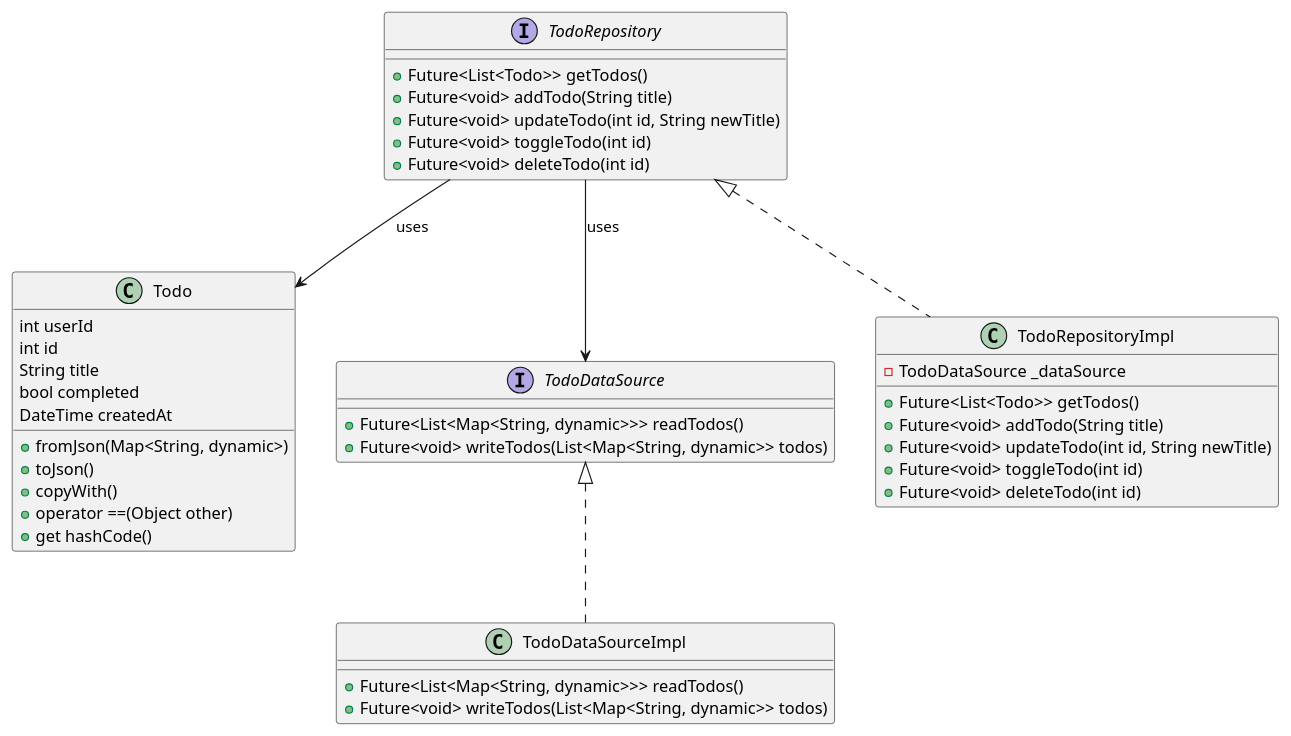
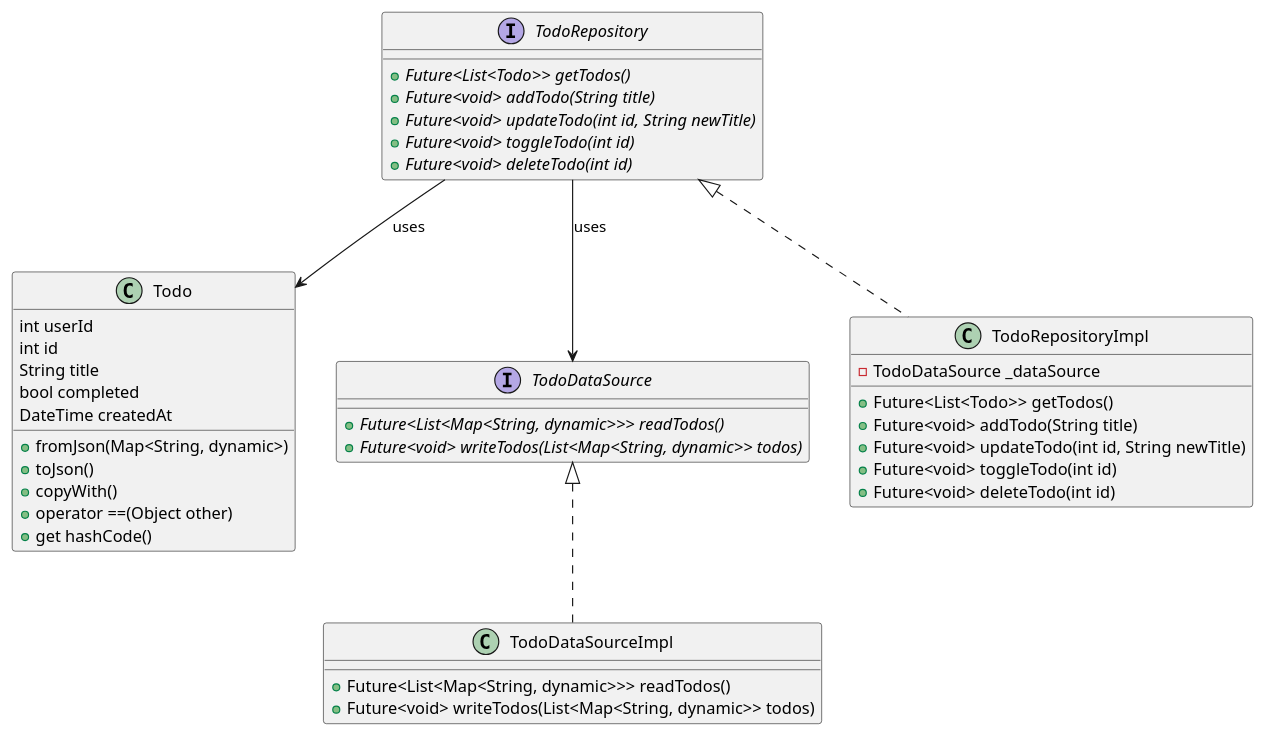
Before and after one commit to irmu98/modu-3-dart-todo-app: the diagram in lib/todo.puml, drawn with PlantUML.

Commit message:
fix: 클래스 다이어그램 수정

```diff
--- a/lib/todo.puml
+++ b/lib/todo.puml
@@ -1,47 +1,47 @@
 @startuml
 
 class Todo {
     int userId
     int id
     String title
     bool completed
     DateTime createdAt
 
     +fromJson(Map<String, dynamic>)
     +toJson()
     +copyWith()
     +operator ==(Object other)
     +get hashCode()
 }
 
 interface TodoDataSource {
-    +Future<List<Map<String, dynamic>>> readTodos()
-    +Future<void> writeTodos(List<Map<String, dynamic>> todos)
+    {abstract} +Future<List<Map<String, dynamic>>> readTodos()
+    {abstract} +Future<void> writeTodos(List<Map<String, dynamic>> todos)
 }
 
 interface TodoRepository {
-    +Future<List<Todo>> getTodos()
-    +Future<void> addTodo(String title)
-    +Future<void> updateTodo(int id, String newTitle)
-    +Future<void> toggleTodo(int id)
-    +Future<void> deleteTodo(int id)
+    {abstract} +Future<List<Todo>> getTodos()
+    {abstract} +Future<void> addTodo(String title)
+    {abstract} +Future<void> updateTodo(int id, String newTitle)
+    {abstract} +Future<void> toggleTodo(int id)
+    {abstract} +Future<void> deleteTodo(int id)
 }
 
 class TodoDataSourceImpl implements TodoDataSource {
     +Future<List<Map<String, dynamic>>> readTodos()
     +Future<void> writeTodos(List<Map<String, dynamic>> todos)
 }
 
 class TodoRepositoryImpl implements TodoRepository{
     - TodoDataSource _dataSource
     +Future<List<Todo>> getTodos()
     +Future<void> addTodo(String title)
     +Future<void> updateTodo(int id, String newTitle)
     +Future<void> toggleTodo(int id)
     +Future<void> deleteTodo(int id)
 }
 
 
 TodoRepository --> TodoDataSource : uses
 TodoRepository --> Todo : uses
 @enduml
```
